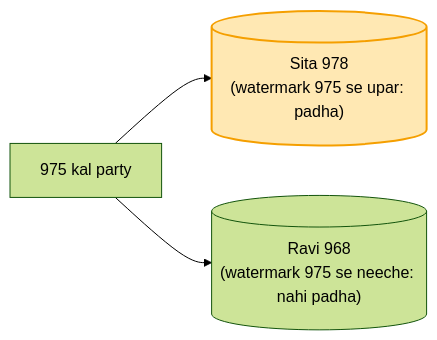
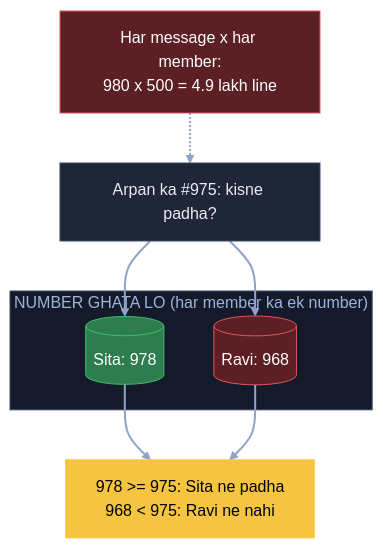
The ninth of 12 diagrams in 04_HLD/SYSTEM_DESIGNS/14_chat_messaging/14_chat_messaging.md (ArpanMaheshwari144/Prep), drawn with Mermaid (forest theme) before and after one commit. The commit also changed other lines of this file, not shown here.

Commit message:
Chat: 12 diagram hand notes ke shabdon se

````diff
--- a/04_HLD/SYSTEM_DESIGNS/14_chat_messaging/14_chat_messaging.md
+++ b/04_HLD/SYSTEM_DESIGNS/14_chat_messaging/14_chat_messaging.md
@@ -188,6 +281,21 @@
 ```mermaid
-flowchart LR
-    M["975 kal party"] --> S[("Sita 978<br/>(watermark 975 se upar: padha)")]
-    M --> R[("Ravi 968<br/>(watermark 975 se neeche: nahi padha)")]
-    style S fill:#ffe8b3,stroke:#f59f00,stroke-width:2px,color:#000
+flowchart TB
+    X["Har message x har member:<br/>980 x 500 = 4.9 lakh line"]:::bad
+    M["Arpan ka #975: kisne padha?"]:::card
+    subgraph NG["NUMBER GHATA LO (har member ka ek number)"]
+        S[("Sita: 978")]:::good
+        R[("Ravi: 968")]:::bad
+    end
+    OK["978 >= 975: Sita ne padha<br/>968 < 975: Ravi ne nahi"]:::pill
+    X -.-> M
+    M --> S
+    M --> R
+    S --> OK
+    R --> OK
+    linkStyle default stroke:#8fa3c7,stroke-width:2px
+    classDef card fill:#1e2638,stroke:#3a4a6b,color:#e8ecf5
+    classDef pill fill:#f5c542,stroke:#f5c542,color:#000
+    classDef good fill:#2e7d4f,stroke:#3fbf6f,color:#fff
+    classDef bad fill:#5c1f24,stroke:#e05561,color:#fff
+    style NG fill:#141a29,stroke:#3a4a6b,color:#9fb3d9
 ```
````
